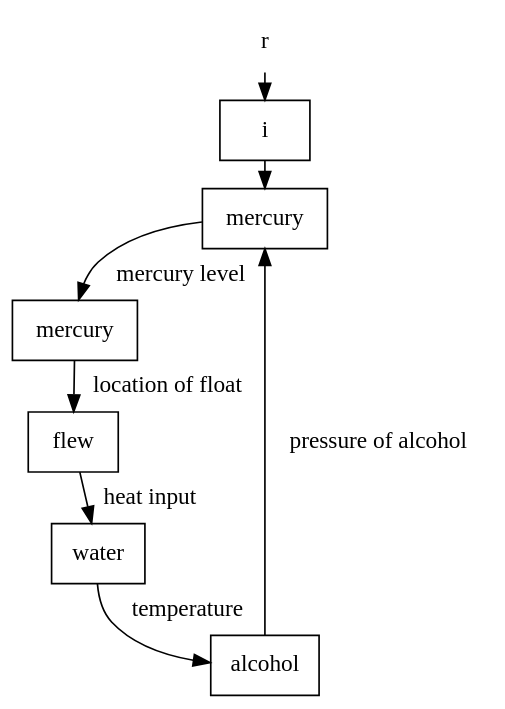
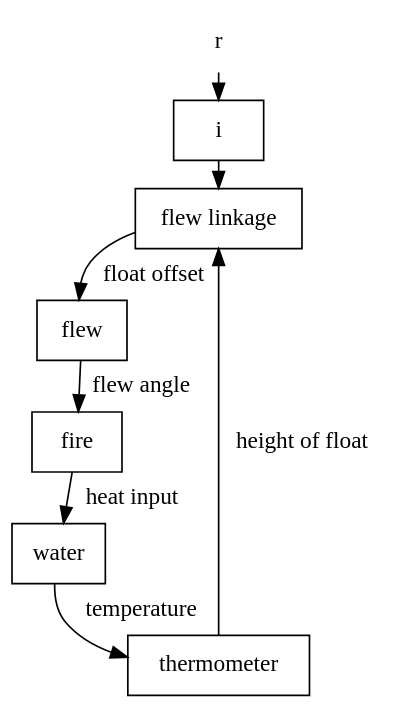
One commit to tevaughan/control changed the diagram in fcds/pr01-01-b.dot. Above: the diagram before and after it, drawn with Graphviz. The commit also changed 4 other files, not shown here.

```diff
--- a/fcds/pr01-01-b.dot
+++ b/fcds/pr01-01-b.dot
@@ -1,21 +1,21 @@
 
-digraph pr01_01_a {
+digraph pr01_01_b {
    nodesep=0.01
    ranksep=0.01
    pad=0
-   r [shape=none, texlbl="desired temperature $T_0$"];
+   r [shape=none, texlbl="desired temperature"];
    node [shape=box,margin=0.1];
    i [texlbl="length of riser"];
-   cp [label="mercury"];
-   ct [label="mercury"];
-   a [label="flew"];
+   cp [label="flew linkage"];
+   ct [label="flew"];
+   a [label="fire"];
    p [label="water"];
-   s [label="alcohol"];
+   s [label="thermometer"];
    r -> i;
-   i -> cp [texlbl="pressure of alcohol at $T_0$"];
-   cp -> ct [label="mercury level"];
-   ct -> a [label="location of float"];
+   i -> cp [texlbl="reference height of float (flew half open)"];
+   cp -> ct [label="float offset"];
+   ct -> a [label="flew angle"];
    a -> p [label="heat input"];
    p -> s [label="temperature"];
-   s -> cp [label="pressure of alcohol",weight=5];
+   s -> cp [label="height of float",weight=5];
 }
```
